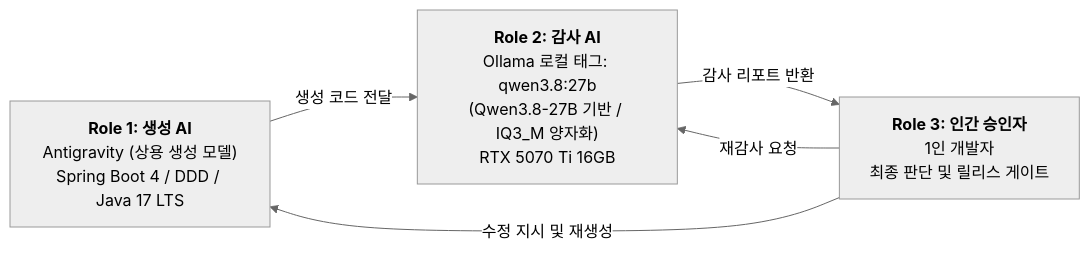
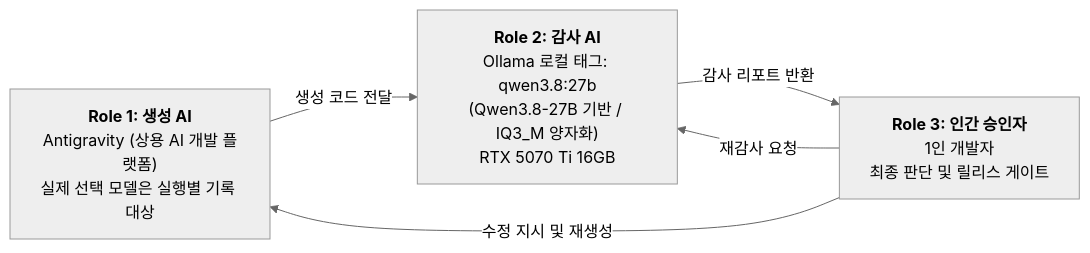
One commit to KBG183/kintai-management changed the first of 3 diagrams in docs/portfolio_audit_evidence_KO.md. Above: the diagram before and after it, drawn with Mermaid (neutral theme). The commit also changed other lines of this file and 2 other files, not shown here.

````diff
--- a/docs/portfolio_audit_evidence_KO.md
+++ b/docs/portfolio_audit_evidence_KO.md
@@ -51,10 +56,10 @@
 ```mermaid
 flowchart LR
-    A["<b>Role 1: 생성 AI</b><br>Antigravity (상용 생성 모델)<br>Spring Boot 4 / DDD / Java 17 LTS"]
+    A["<b>Role 1: 생성 AI</b><br>Antigravity (상용 AI 개발 플랫폼)<br>실제 선택 모델은 실행별 기록 대상"]
     B["<b>Role 2: 감사 AI</b><br>Ollama 로컬 태그: qwen3.8:27b<br>(Qwen3.8-27B 기반 / IQ3_M 양자화)<br>RTX 5070 Ti 16GB"]
     C["<b>Role 3: 인간 승인자</b><br>1인 개발자<br>최종 판단 및 릴리스 게이트"]
     A -->|"생성 코드 전달"| B
     B -->|"감사 리포트 반환"| C
     C -->|"수정 지시 및 재생성"| A
     C -->|"재감사 요청"| B
 ```
````
